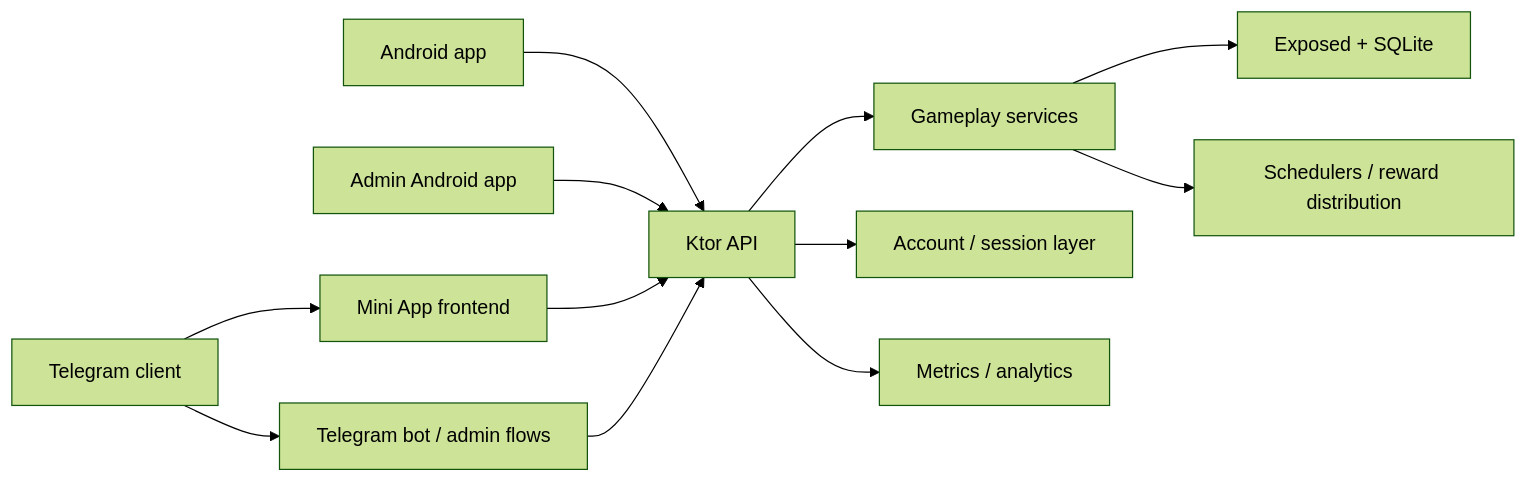
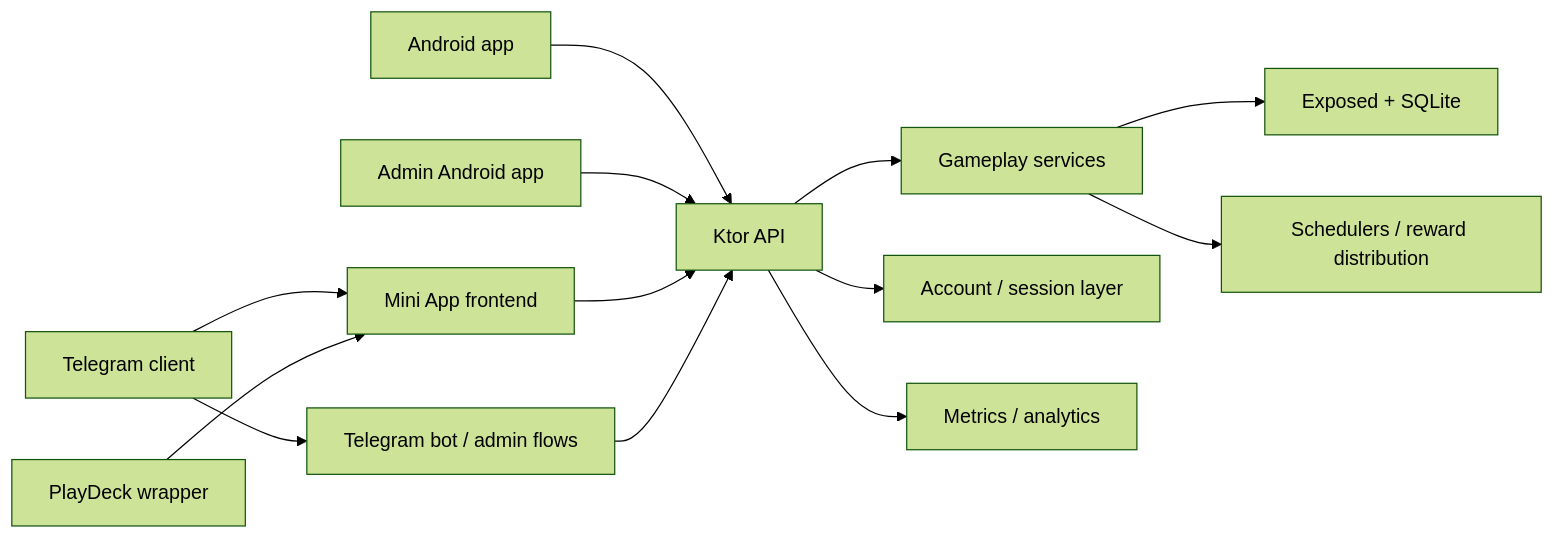
The diagram in README.md (anry88/RiverKing), drawn with Mermaid (forest theme) before and after one commit. The commit also changed other lines of this file and 17 other files, not shown here.

Commit message:
Add PlayDeck wrapper integration

````diff
--- a/README.md
+++ b/README.md
@@ -60,14 +60,15 @@
 ```mermaid
 flowchart LR
     A["Telegram client"] --> B["Mini App frontend"]
+    L["PlayDeck wrapper"] --> B
     A --> C["Telegram bot / admin flows"]
     I["Android app"] --> D
     K["Admin Android app"] --> D
     B --> D["Ktor API"]
     C --> D
     D --> E["Gameplay services"]
     D --> J["Account / session layer"]
     E --> F["Exposed + SQLite"]
     D --> G["Metrics / analytics"]
     E --> H["Schedulers / reward distribution"]
 ```
````
